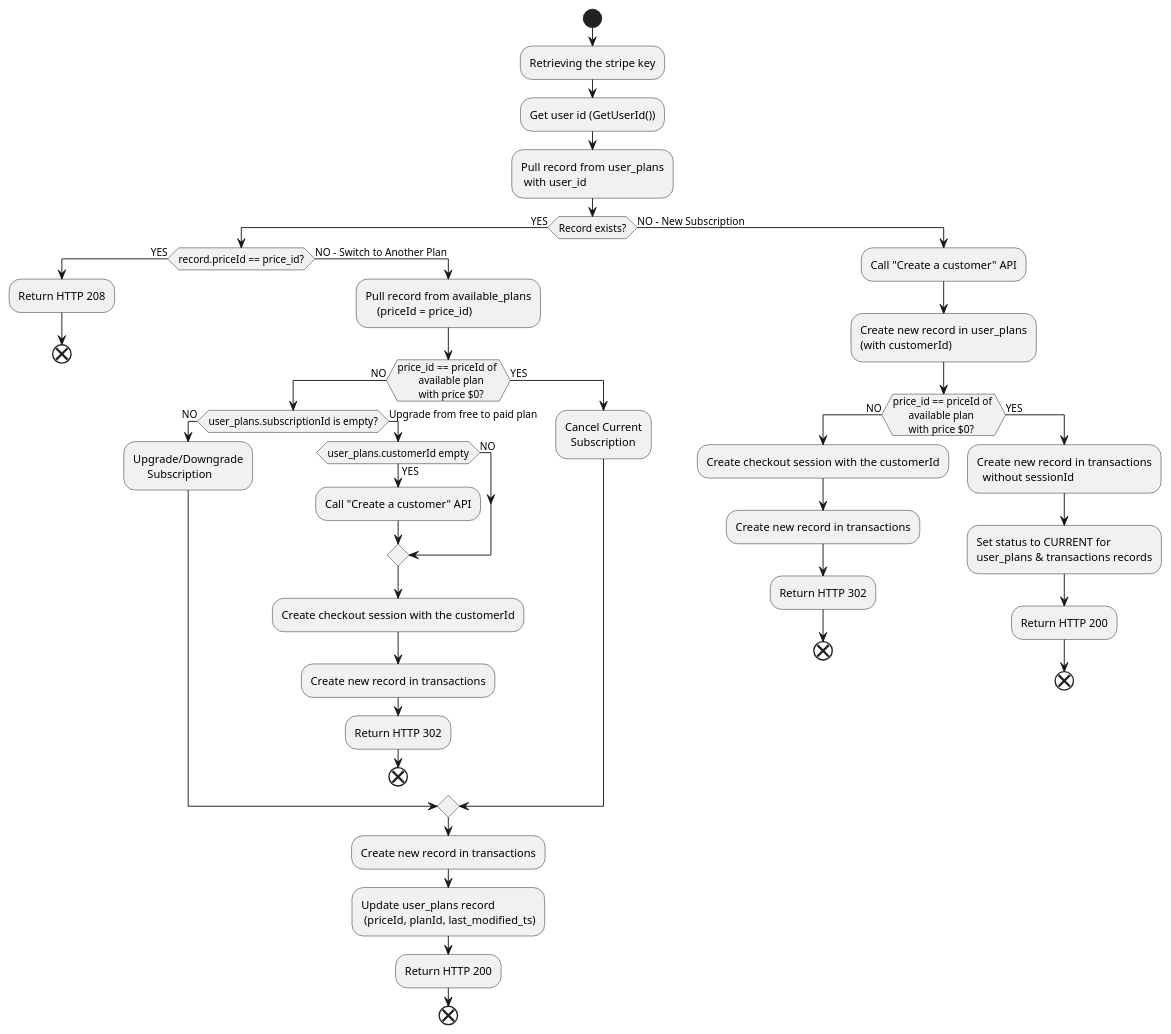
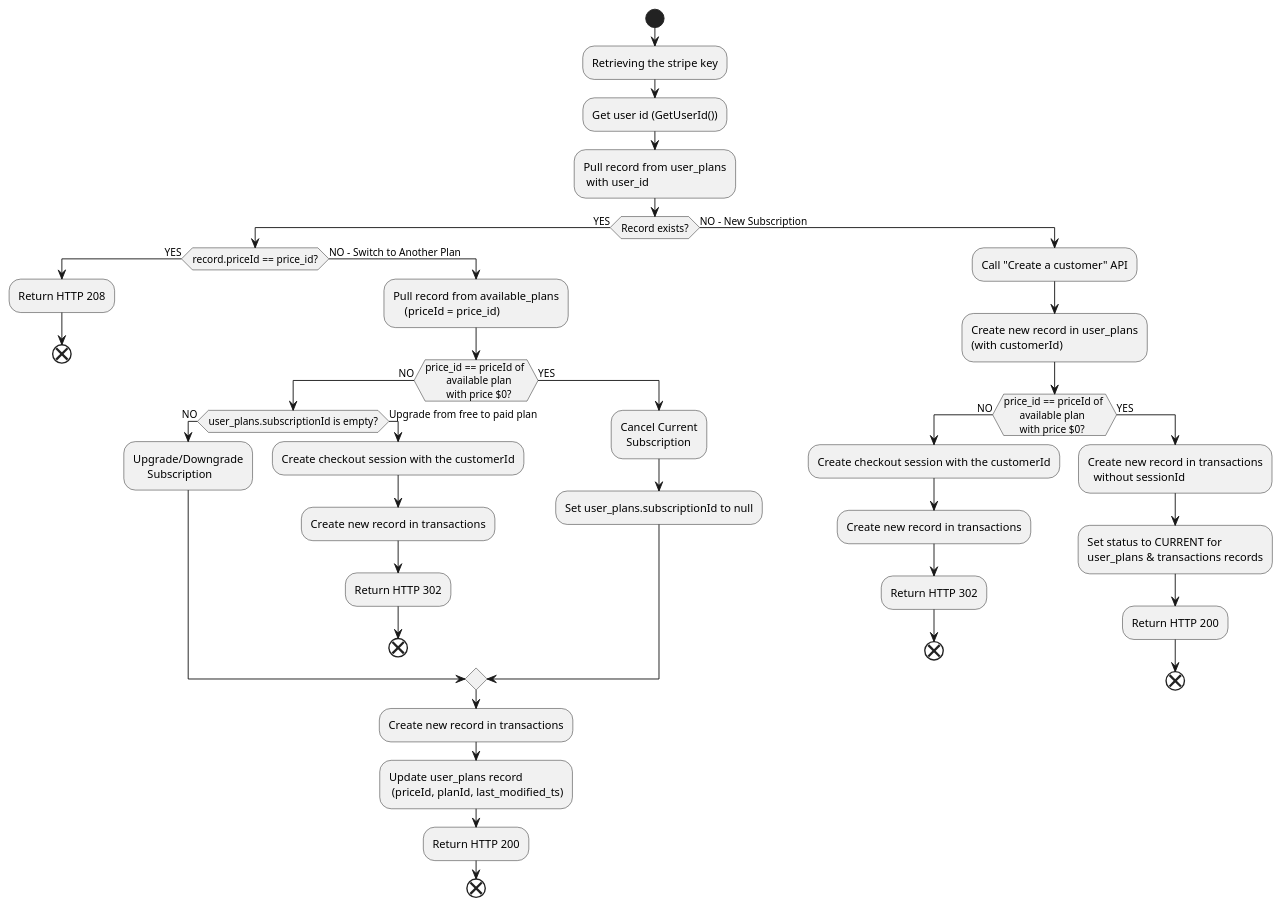
Before and after one commit to talentaz/subscription_manager: the second of 2 diagrams in README.md, drawn with PlantUML.

````diff
--- a/README.md
+++ b/README.md
@@ -117,60 +117,57 @@
 ```plantuml
 start
 :Retrieving the stripe key;
 :Get user id (GetUserId());
 :Pull record from user_plans 
  with user_id;
 If (Record exists?) then (YES)
   If (record.priceId == price_id?) then (YES)
     :Return HTTP 208;
     end
     Else (NO - Switch to Another Plan)
       :Pull record from available_plans 
           (priceId = price_id);
       If (price_id == priceId of 
         available plan 
         with price $0?) then (NO)
       If (user_plans.subscriptionId is empty?) then (NO)
         :Upgrade/Downgrade 
              Subscription;
       Else (Upgrade from free to paid plan)
-        If (user_plans.customerId empty) then (YES)
-          :Call "Create a customer" API;
-        Else (NO)
-        Endif
         :Create checkout session with the customerId;
         :Create new record in transactions;
         :Return HTTP 302;
         end
       Endif
     Else (YES)
       :Cancel Current 
         Subscription;
+      :Set user_plans.subscriptionId to null;
     EndIf
     :Create new record in transactions;
     :Update user_plans record 
      (priceId, planId, last_modified_ts);
     :Return HTTP 200;
     end
   Endif
 Else (NO - New Subscription)
   :Call "Create a customer" API;
   :Create new record in user_plans 
   (with customerId);
   If (price_id == priceId of 
       available plan 
       with price $0?) then (NO)
     :Create checkout session with the customerId;
     :Create new record in transactions;
     :Return HTTP 302;
     end
   Else (YES)
     :Create new record in transactions
       without sessionId;
     :Set status to CURRENT for 
     user_plans & transactions records;
     :Return HTTP 200;
     end
   EndIf
 EndIf
 ```
````
